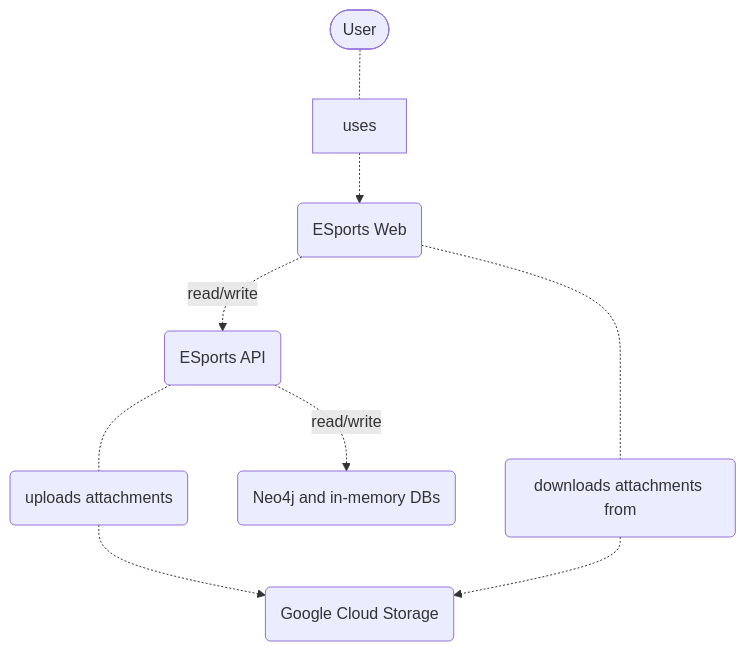
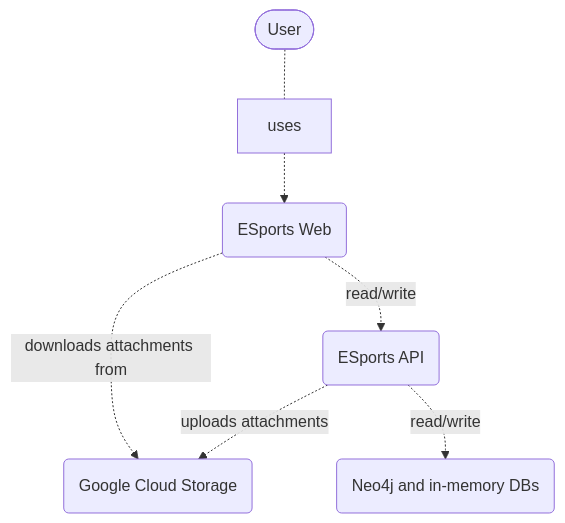
One commit to Krismix1/soa-project changed the first of 3 diagrams in README.md. Above: the diagram before and after it, drawn with Mermaid. The commit also changed other lines of this file, not shown here.

Commit message:
Few tweaks to diagrams

````diff
--- a/README.md
+++ b/README.md
@@ -49,8 +49,8 @@
 ```mermaid
 graph TD
     User([User])-.-uses-.->ESportsWeb(ESports Web)
     ESportsWeb-."read/write".->API(ESports API)
-    API-.-uploads(uploads attachments)-.->GCS(Google Cloud Storage)
-    ESportsWeb-.-downloads(downloads attachments from)-.->GCS
+    API-."uploads attachments".->GCS(Google Cloud Storage)
+    ESportsWeb-."downloads attachments from".->GCS
     API-."read/write".->DB(Neo4j and in-memory DBs)
 ```
````
